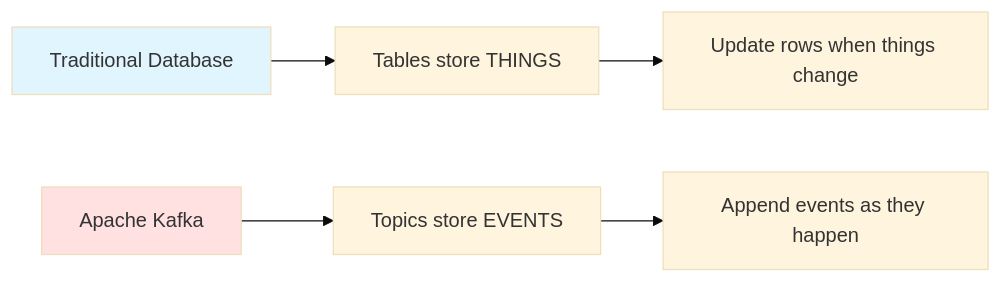
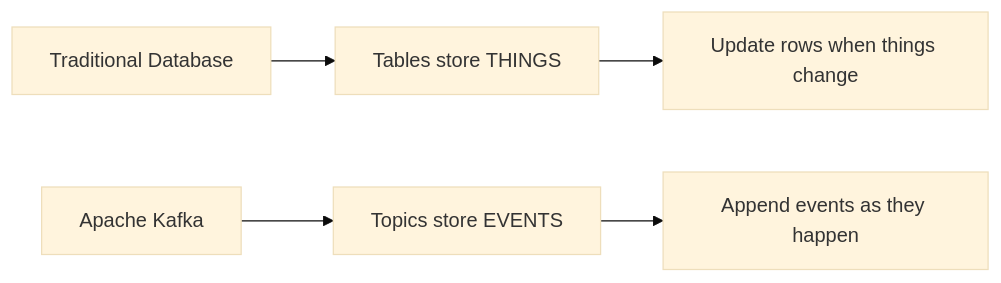
The first of 26 diagrams in docs/tutorials/kafka-getting-started.md (mombe090/techdocs), drawn with Mermaid (base theme) before and after one commit. The commit also changed other lines of this file and 11 other files, not shown here.

First line of the commit message:
style: remove hardcoded Mermaid diagram colors for dark mode compatibility

````diff
--- a/docs/tutorials/kafka-getting-started.md
+++ b/docs/tutorials/kafka-getting-started.md
@@ -41,11 +41,9 @@
 ```mermaid
 graph LR
     A[Traditional Database] --> B[Tables store THINGS]
     B --> C[Update rows when things change]
 
     D[Apache Kafka] --> E[Topics store EVENTS]
     E --> F[Append events as they happen]
 
-    style A fill:#e1f5ff
-    style D fill:#ffe1e1
 ```
````
